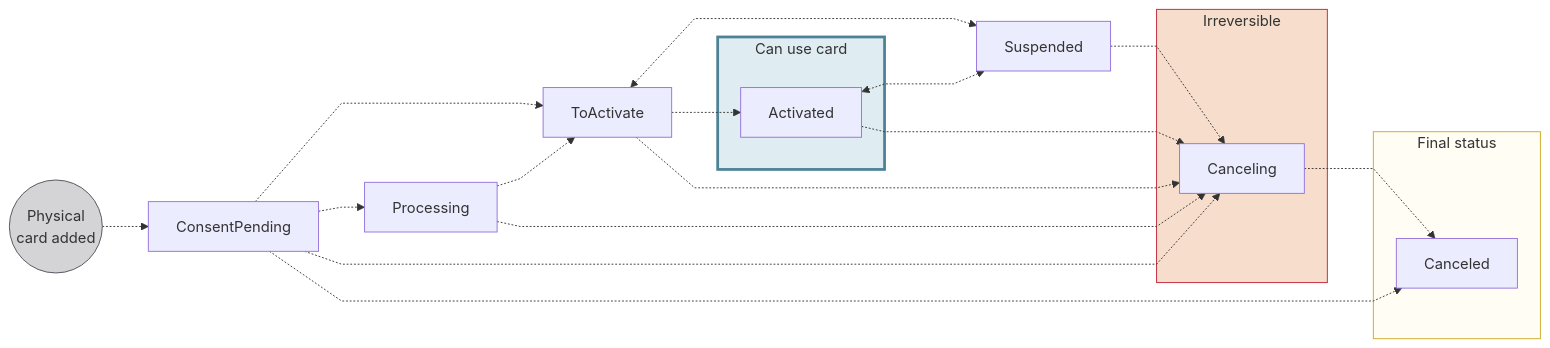
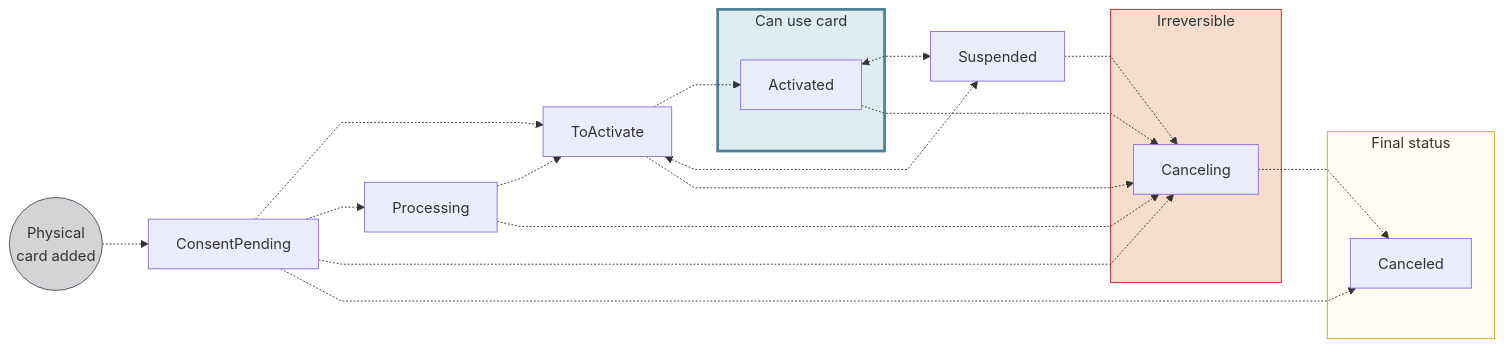
Before and after one commit to swan-io/docs: the first of 2 diagrams in docs/cards/concepts/physical/statuses.mdx, drawn with Mermaid. The commit also changed other lines of this file and 5 other files, not shown here.

````diff
--- a/docs/cards/concepts/physical/statuses.mdx
+++ b/docs/cards/concepts/physical/statuses.mdx
@@ -18,31 +18,31 @@
 ```mermaid
 %%{ init: { 'flowchart': { 'curve': 'linear' } } }%%
 flowchart LR
     PCA((Physical<br/>card added)) -.-> CP[ConsentPending]
-    TA <-.-> S
     CP -.-> TA
     CP -.-> P[Processing]
     P -.-> TA[ToActivate]
     TA -.-> A[Activated]
-    A <-..-> S[Suspended]
+    TA <-.-> S
+    A <-.-> S[Suspended]
     A -.-> CL
     S -.-> CL[Canceling]
     CL -.-> CD[Canceled]
     CP -.-> CL
     CP -.-> CD
     P -.-> CL
     TA -.-> CL
     subgraph U[Can use card]
         A
     end
     subgraph IR[Irreversible]
         CL
     end
     subgraph F[Final status]
         CD
     end
     style PCA fill:#D4D3D5,stroke:#514F59
     style F fill:#fffdf4,stroke:#cca922
     style U fill:#dfedf2,stroke:#4d8296,stroke-width:3px
     style IR fill:#f6ddcc,stroke:#c12236
 ```
````
